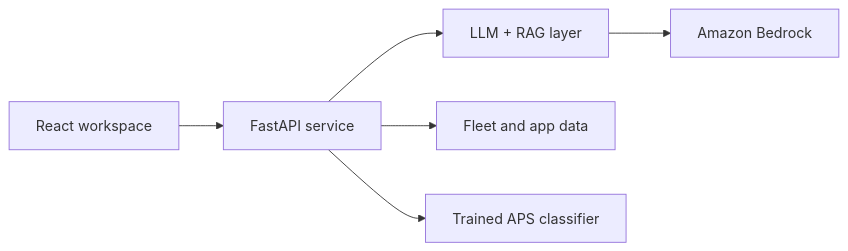
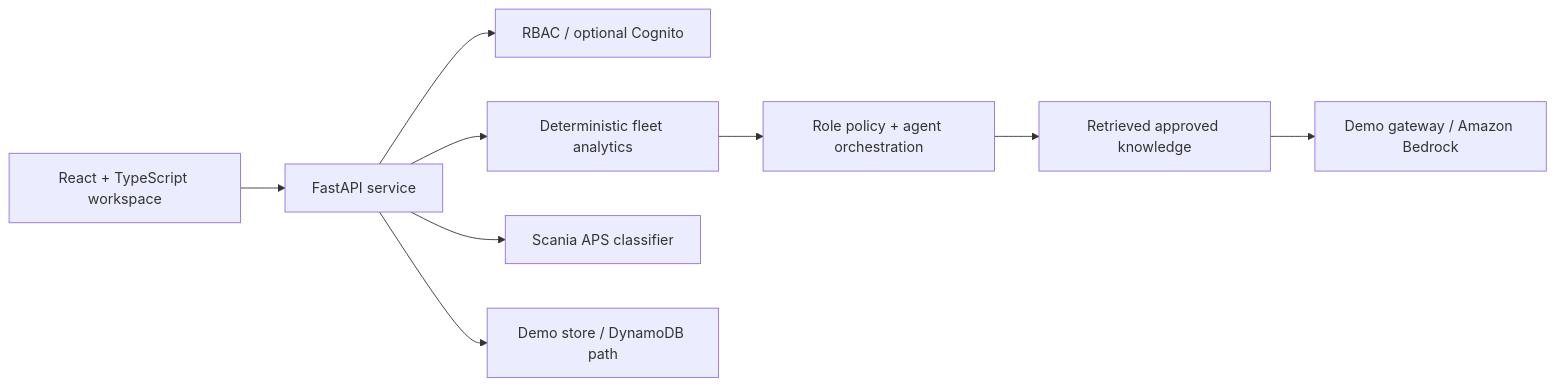
One commit to chaima-menouar/fleetmind-ai-rbac-secured changed the diagram in README.md. Above: the diagram before and after it, drawn with Mermaid. The commit also changed other lines of this file and 33 other files, not shown here.

```diff
--- a/README.md
+++ b/README.md
@@ -29,8 +33,11 @@
 ~~~mermaid
 flowchart LR
-    Web["React workspace"] --> API["FastAPI service"]
-    API --> AI["LLM + RAG layer"]
-    API --> Data["Fleet and app data"]
-    API --> ML["Trained APS classifier"]
-    AI --> Bedrock["Amazon Bedrock"]
+    Web["React + TypeScript workspace"] --> API["FastAPI service"]
+    API --> Auth["RBAC / optional Cognito"]
+    API --> Analytics["Deterministic fleet analytics"]
+    Analytics --> Agent["Role policy + agent orchestration"]
+    Agent --> RAG["Retrieved approved knowledge"]
+    RAG --> LLM["Demo gateway / Amazon Bedrock"]
+    API --> ML["Scania APS classifier"]
+    API --> Data["Demo store / DynamoDB path"]
 ~~~
```
